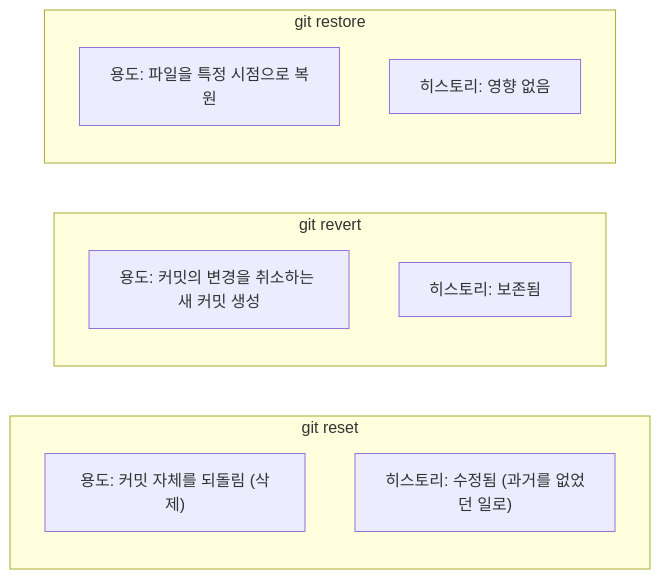
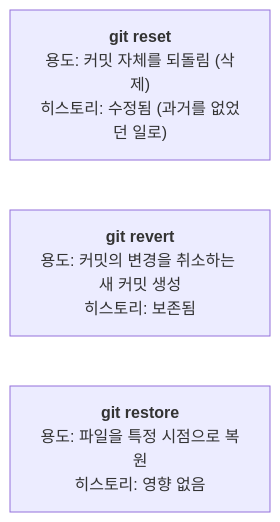
The first of 2 diagrams in 08_FAQ.md (jingu279/Document), drawn with Mermaid before and after one commit. The commit also changed 16 other files, not shown here.

Commit message:
Fix all Mermaid rendering issues (subgraph-to-subgraph, unconnected nodes, reserved names, dashes)

````diff
--- a/08_FAQ.md
+++ b/08_FAQ.md
@@ -91,15 +91,6 @@
 ```mermaid
 flowchart LR
-  subgraph Reset["git reset"]
-    R1["용도: 커밋 자체를 되돌림 (삭제)"]
-    R2["히스토리: 수정됨 (과거를 없었던 일로)"]
-  end
-  subgraph Revert["git revert"]
-    RV1["용도: 커밋의 변경을 취소하는 새 커밋 생성"]
-    RV2["히스토리: 보존됨"]
-  end
-  subgraph Restore["git restore"]
-    RS1["용도: 파일을 특정 시점으로 복원"]
-    RS2["히스토리: 영향 없음"]
-  end
+  Reset["<b>git reset</b><br/>용도: 커밋 자체를 되돌림 (삭제)<br/>히스토리: 수정됨 (과거를 없었던 일로)"]
+  Revert["<b>git revert</b><br/>용도: 커밋의 변경을 취소하는 새 커밋 생성<br/>히스토리: 보존됨"]
+  Restore["<b>git restore</b><br/>용도: 파일을 특정 시점으로 복원<br/>히스토리: 영향 없음"]
 ```
````
